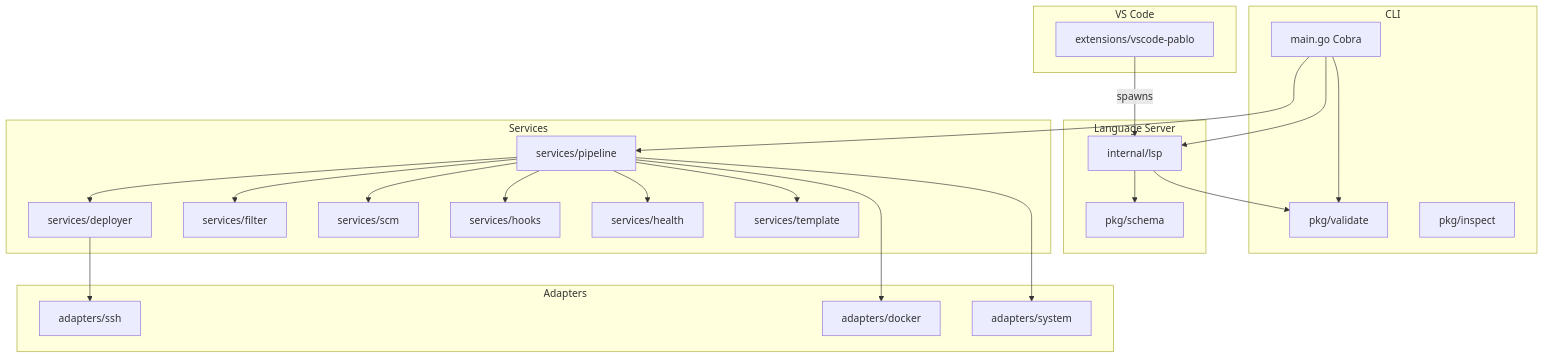
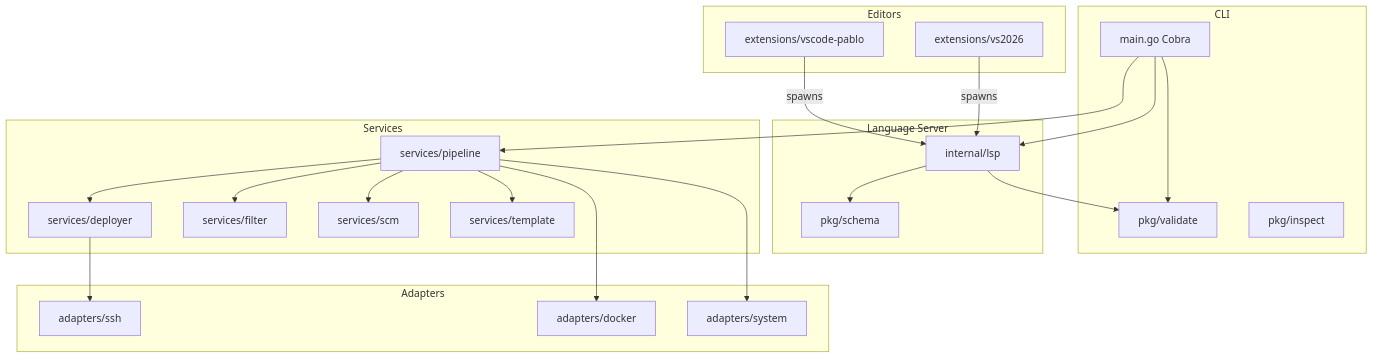
The first of 2 diagrams in docs/development/architecture.md (Septillioner/pablo), drawn with Mermaid before and after one commit. The commit also changed other lines of this file and 153 other files, not shown here.

````diff
--- a/docs/development/architecture.md
+++ b/docs/development/architecture.md
@@ -11,44 +11,42 @@
 ```mermaid
 flowchart TB
     subgraph cli [CLI]
         main[main.go Cobra]
         validate[pkg/validate]
         inspect[pkg/inspect]
     end
     subgraph lsp [Language Server]
         lspServer[internal/lsp]
         schema[pkg/schema]
     end
     subgraph core [Services]
         pipeline[services/pipeline]
         deployer[services/deployer]
         filter[services/filter]
         scm[services/scm]
-        hooks[services/hooks]
-        health[services/health]
         template[services/template]
     end
     subgraph adapters [Adapters]
         ssh[adapters/ssh]
         docker[adapters/docker]
         system[adapters/system]
     end
-  subgraph editor [VS Code]
+    subgraph editor [Editors]
         ext[extensions/vscode-pablo]
+        vs[extensions/vs2026]
     end
     main --> pipeline
     main --> validate
     main --> lspServer
     lspServer --> validate
     lspServer --> schema
     pipeline --> deployer
     pipeline --> scm
     pipeline --> docker
     pipeline --> filter
-    pipeline --> hooks
-    pipeline --> health
     pipeline --> template
     pipeline --> system
     deployer --> ssh
     ext -->|spawns| lspServer
+    vs -->|spawns| lspServer
 ```
````
